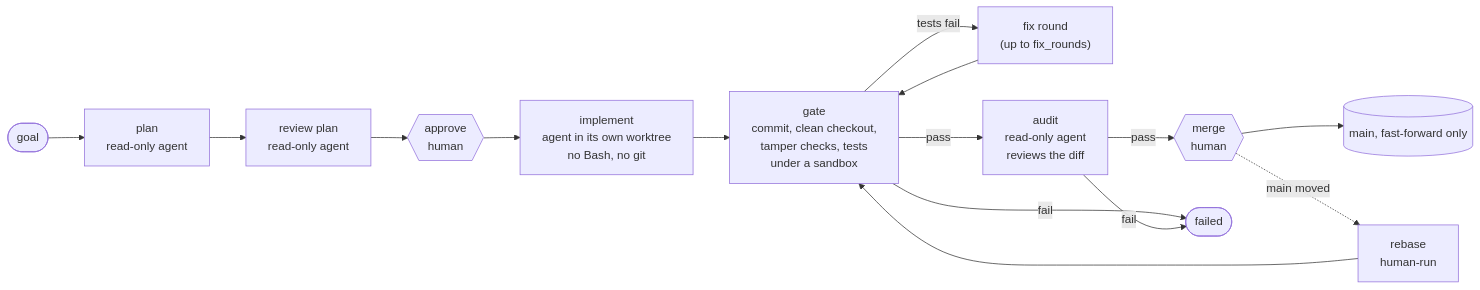
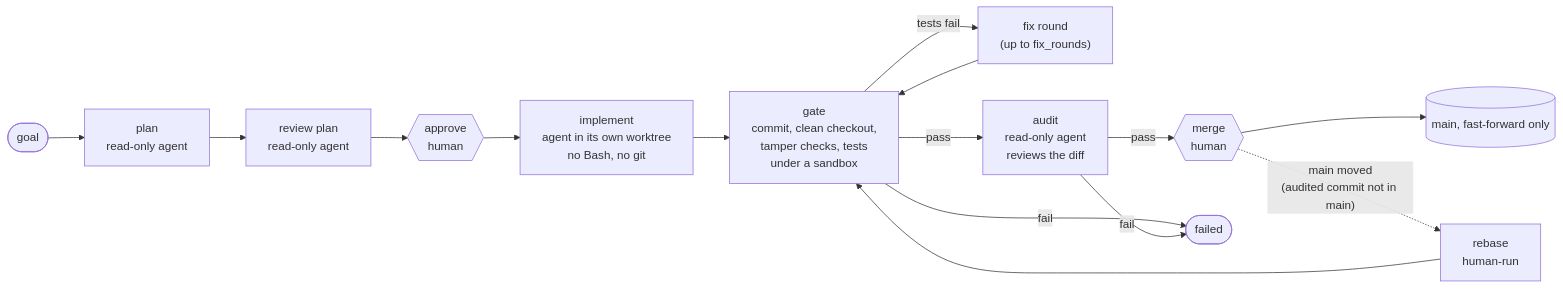
Before and after one commit to jshiell/factory: the second of 3 diagrams in README.md, drawn with Mermaid.

Commit message:
Show the already-in-main exception on the rebase edge

````diff
--- a/README.md
+++ b/README.md
@@ -200,17 +200,17 @@
 ```mermaid
 flowchart LR
     goal([goal]) --> plan["plan<br/>read-only agent"]
     plan --> review["review plan<br/>read-only agent"]
     review --> approve{{"approve<br/>human"}}
     approve --> impl["implement<br/>agent in its own worktree<br/>no Bash, no git"]
     impl --> gate["gate<br/>commit, clean checkout,<br/>tamper checks, tests<br/>under a sandbox"]
     gate -- "tests fail" --> fix["fix round<br/>(up to fix_rounds)"]
     fix --> gate
     gate -- pass --> audit["audit<br/>read-only agent<br/>reviews the diff"]
     audit -- pass --> merge{{"merge<br/>human"}}
     merge --> main[(main, fast-forward only)]
     gate -- fail --> failed([failed])
     audit -- fail --> failed
-    merge -. "main moved" .-> rebase["rebase<br/>human-run"]
+    merge -. "main moved<br/>(audited commit not in main)" .-> rebase["rebase<br/>human-run"]
     rebase --> gate
 ```
````
